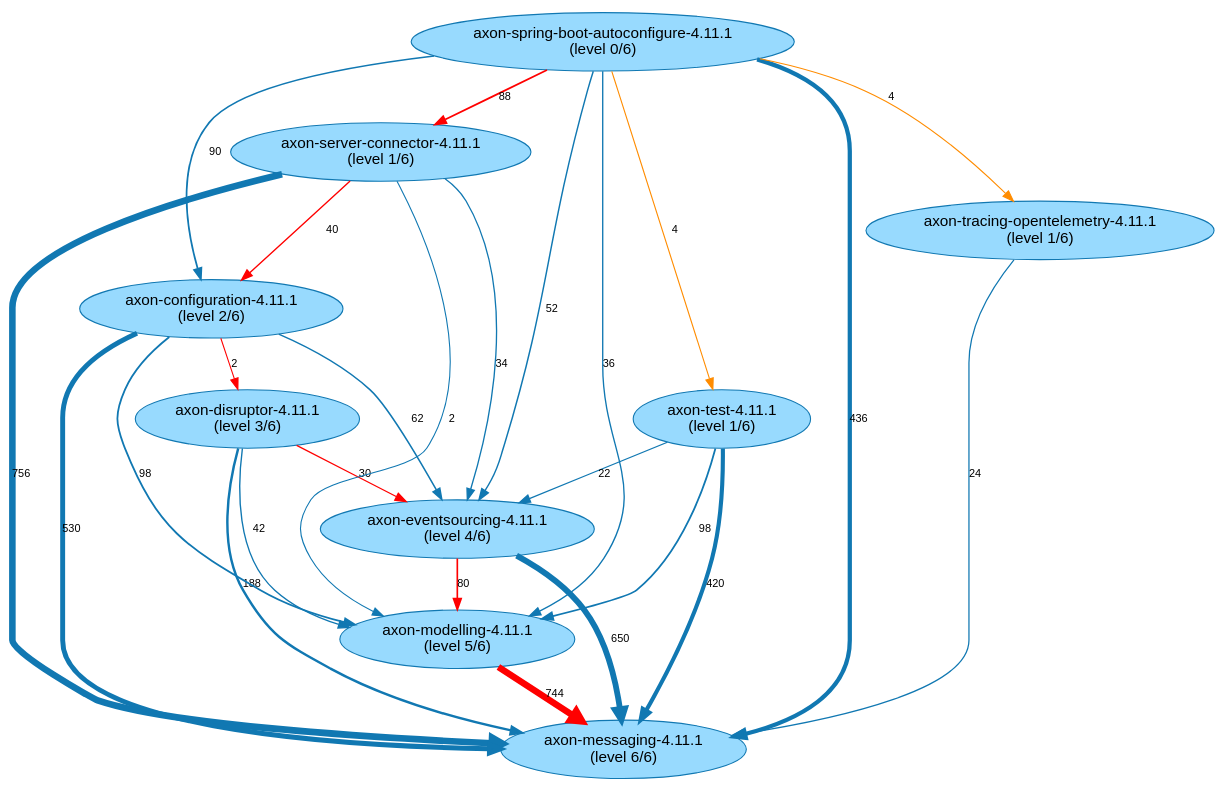
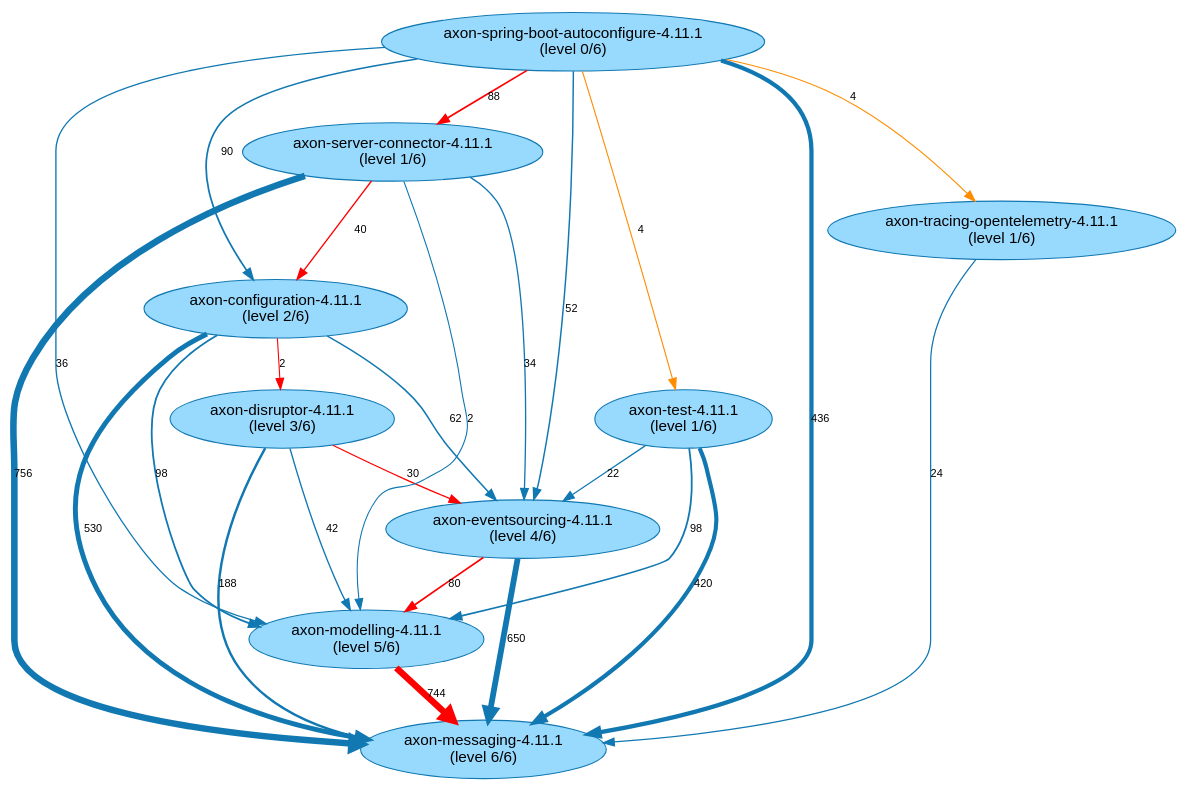
Before and after one commit to JohT/code-graph-analysis-examples: the diagram in analysis-results/AxonFramework/AxonFramework-4.11.1/path-finding-visualization/JavaArtifactLongestPaths.gv, drawn with Graphviz. The commit also changed other lines of this file and 373 other files, not shown here.

```diff
--- a/analysis-results/AxonFramework/AxonFramework-4.11.1/path-finding-visualization/JavaArtifactLongestPaths.gv
+++ b/analysis-results/AxonFramework/AxonFramework-4.11.1/path-finding-visualization/JavaArtifactLongestPaths.gv
@@ -1,37 +1,37 @@
 // This GraphViz dot file was generated by the script convertQueryResultCsvToGraphVizDotFile.sh with default.template
 
 strict digraph JavaArtifactLongestPaths {
     fontname = "Helvetica,Arial,sans-serif";
     node [fontname = "Helvetica,Arial,sans-serif";];
     edge [fontname = "Helvetica,Arial,sans-serif"; fontsize = 10;];
     node [style = filled; fillcolor = "0.560 0.400 0.999";];
     node [color = "0.560 0.900 0.700";];
     edge [color = "0.560 0.900 0.700";];
-	"axon-disruptor-4.11.1\n(level 3/6)" -> "axon-messaging-4.11.1\n(level 6/6)" [label=188; penwidth=2.23; ];
-	"axon-disruptor-4.11.1\n(level 3/6)" -> "axon-modelling-4.11.1\n(level 5/6)" [label=42; penwidth=1.27; ];
-	"axon-disruptor-4.11.1\n(level 3/6)" -> "axon-eventsourcing-4.11.1\n(level 4/6)" [label=30; penwidth=1.19; color="red"; ];
-	"axon-server-connector-4.11.1\n(level 1/6)" -> "axon-messaging-4.11.1\n(level 6/6)" [label=756; penwidth=6.0; ];
-	"axon-server-connector-4.11.1\n(level 1/6)" -> "axon-configuration-4.11.1\n(level 2/6)" [label=40; penwidth=1.25; color="red"; ];
-	"axon-server-connector-4.11.1\n(level 1/6)" -> "axon-eventsourcing-4.11.1\n(level 4/6)" [label=34; penwidth=1.21; ];
-	"axon-server-connector-4.11.1\n(level 1/6)" -> "axon-modelling-4.11.1\n(level 5/6)" [label=2; penwidth=1.0; ];
-	"axon-test-4.11.1\n(level 1/6)" -> "axon-messaging-4.11.1\n(level 6/6)" [label=420; penwidth=3.77; ];
-	"axon-test-4.11.1\n(level 1/6)" -> "axon-modelling-4.11.1\n(level 5/6)" [label=98; penwidth=1.64; ];
-	"axon-test-4.11.1\n(level 1/6)" -> "axon-eventsourcing-4.11.1\n(level 4/6)" [label=22; penwidth=1.13; ];
+	"axon-configuration-4.11.1\n(level 2/6)" -> "axon-eventsourcing-4.11.1\n(level 4/6)" [label=62; penwidth=1.4; ];
+	"axon-configuration-4.11.1\n(level 2/6)" -> "axon-modelling-4.11.1\n(level 5/6)" [label=98; penwidth=1.64; ];
 	"axon-configuration-4.11.1\n(level 2/6)" -> "axon-messaging-4.11.1\n(level 6/6)" [label=530; penwidth=4.5; ];
-	"axon-configuration-4.11.1\n(level 2/6)" -> "axon-modelling-4.11.1\n(level 5/6)" [label=98; penwidth=1.64; ];
-	"axon-configuration-4.11.1\n(level 2/6)" -> "axon-eventsourcing-4.11.1\n(level 4/6)" [label=62; penwidth=1.4; ];
 	"axon-configuration-4.11.1\n(level 2/6)" -> "axon-disruptor-4.11.1\n(level 3/6)" [label=2; penwidth=1.0; color="red"; ];
-	"axon-modelling-4.11.1\n(level 5/6)" -> "axon-messaging-4.11.1\n(level 6/6)" [label=744; penwidth=5.92; color="red"; ];
+	"axon-spring-boot-autoconfigure-4.11.1\n(level 0/6)" -> "axon-server-connector-4.11.1\n(level 1/6)" [label=88; penwidth=1.57; color="red"; ];
 	"axon-spring-boot-autoconfigure-4.11.1\n(level 0/6)" -> "axon-configuration-4.11.1\n(level 2/6)" [label=90; penwidth=1.58; ];
 	"axon-spring-boot-autoconfigure-4.11.1\n(level 0/6)" -> "axon-messaging-4.11.1\n(level 6/6)" [label=436; penwidth=3.88; ];
 	"axon-spring-boot-autoconfigure-4.11.1\n(level 0/6)" -> "axon-modelling-4.11.1\n(level 5/6)" [label=36; penwidth=1.23; ];
 	"axon-spring-boot-autoconfigure-4.11.1\n(level 0/6)" -> "axon-eventsourcing-4.11.1\n(level 4/6)" [label=52; penwidth=1.33; ];
-	"axon-spring-boot-autoconfigure-4.11.1\n(level 0/6)" -> "axon-server-connector-4.11.1\n(level 1/6)" [label=88; penwidth=1.57; color="red"; ];
 	"axon-spring-boot-autoconfigure-4.11.1\n(level 0/6)" -> "axon-tracing-opentelemetry-4.11.1\n(level 1/6)" [label=4; penwidth=1.01; ];
 	"axon-spring-boot-autoconfigure-4.11.1\n(level 0/6)" -> "axon-test-4.11.1\n(level 1/6)" [label=4; penwidth=1.01; ];
-	"axon-tracing-opentelemetry-4.11.1\n(level 1/6)" -> "axon-messaging-4.11.1\n(level 6/6)" [label=24; penwidth=1.15; ];
+	"axon-server-connector-4.11.1\n(level 1/6)" -> "axon-messaging-4.11.1\n(level 6/6)" [label=756; penwidth=6.0; ];
+	"axon-server-connector-4.11.1\n(level 1/6)" -> "axon-configuration-4.11.1\n(level 2/6)" [label=40; penwidth=1.25; color="red"; ];
+	"axon-server-connector-4.11.1\n(level 1/6)" -> "axon-modelling-4.11.1\n(level 5/6)" [label=2; penwidth=1.0; ];
+	"axon-server-connector-4.11.1\n(level 1/6)" -> "axon-eventsourcing-4.11.1\n(level 4/6)" [label=34; penwidth=1.21; ];
+	"axon-modelling-4.11.1\n(level 5/6)" -> "axon-messaging-4.11.1\n(level 6/6)" [label=744; penwidth=5.92; color="red"; ];
 	"axon-eventsourcing-4.11.1\n(level 4/6)" -> "axon-messaging-4.11.1\n(level 6/6)" [label=650; penwidth=5.3; ];
 	"axon-eventsourcing-4.11.1\n(level 4/6)" -> "axon-modelling-4.11.1\n(level 5/6)" [label=80; penwidth=1.52; color="red"; ];
+	"axon-disruptor-4.11.1\n(level 3/6)" -> "axon-messaging-4.11.1\n(level 6/6)" [label=188; penwidth=2.23; ];
+	"axon-disruptor-4.11.1\n(level 3/6)" -> "axon-modelling-4.11.1\n(level 5/6)" [label=42; penwidth=1.27; ];
+	"axon-disruptor-4.11.1\n(level 3/6)" -> "axon-eventsourcing-4.11.1\n(level 4/6)" [label=30; penwidth=1.19; color="red"; ];
+	"axon-tracing-opentelemetry-4.11.1\n(level 1/6)" -> "axon-messaging-4.11.1\n(level 6/6)" [label=24; penwidth=1.15; ];
+	"axon-test-4.11.1\n(level 1/6)" -> "axon-messaging-4.11.1\n(level 6/6)" [label=420; penwidth=3.77; ];
+	"axon-test-4.11.1\n(level 1/6)" -> "axon-modelling-4.11.1\n(level 5/6)" [label=98; penwidth=1.64; ];
+	"axon-test-4.11.1\n(level 1/6)" -> "axon-eventsourcing-4.11.1\n(level 4/6)" [label=22; penwidth=1.13; ];
+	"axon-spring-boot-autoconfigure-4.11.1\n(level 0/6)" -> "axon-tracing-opentelemetry-4.11.1\n(level 1/6)" [label=4; penwidth=1.01; color="darkorange"; ];
 	"axon-spring-boot-autoconfigure-4.11.1\n(level 0/6)" -> "axon-test-4.11.1\n(level 1/6)" [label=4; penwidth=1.01; color="darkorange"; ];
-	"axon-spring-boot-autoconfigure-4.11.1\n(level 0/6)" -> "axon-tracing-opentelemetry-4.11.1\n(level 1/6)" [label=4; penwidth=1.01; color="darkorange"; ];
 }
```
